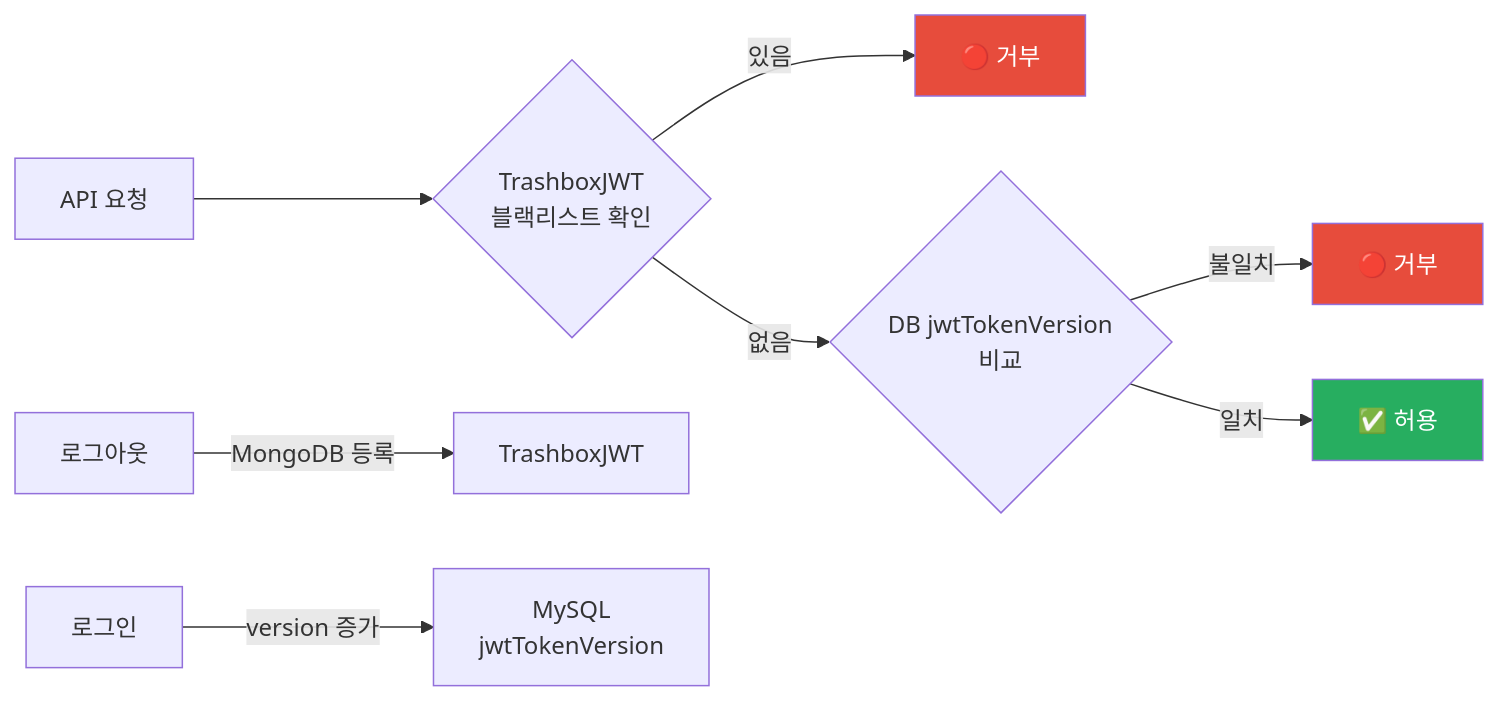
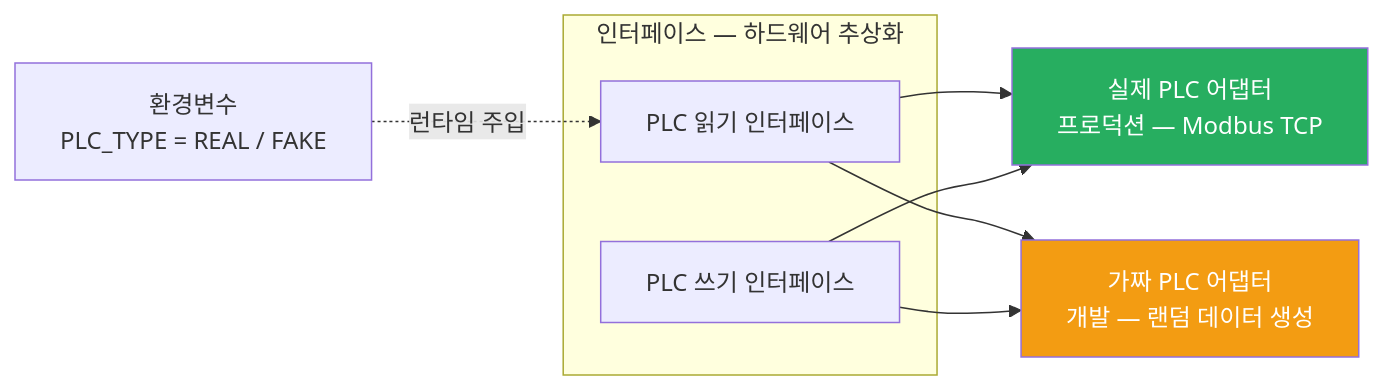
Before and after one commit to 1985jwlee/production-iot-backend: diagram 11 of 11 in README.md, drawn with Mermaid. The commit also changed other lines of this file and 11 other files, not shown here.

````diff
--- a/README.md
+++ b/README.md
@@ -214,13 +522,17 @@
 ```mermaid
-flowchart LR
-    REQ["API 요청"] --> V1{"TrashboxJWT\n블랙리스트 확인"}
-    V1 -->|"있음"| R1["🔴 거부"]
-    V1 -->|"없음"| V2{"DB jwtTokenVersion\n비교"}
-    V2 -->|"불일치"| R2["🔴 거부"]
-    V2 -->|"일치"| OK["✅ 허용"]
-    LOGOUT["로그아웃"] -->|"MongoDB 등록"| TB["TrashboxJWT"]
-    LOGIN["로그인"] -->|"version 증가"| DB["MySQL\njwtTokenVersion"]
-    style R1 fill:#e74c3c,color:#fff
-    style R2 fill:#e74c3c,color:#fff
-    style OK fill:#27ae60,color:#fff
+graph LR
+    subgraph IF["인터페이스 — 하드웨어 추상화"]
+        IR["PLC 읽기 인터페이스"]
+        IW["PLC 쓰기 인터페이스"]
+    end
+
+    REAL["실제 PLC 어댑터\n프로덕션 — Modbus TCP"]
+    FAKE["가짜 PLC 어댑터\n개발 — 랜덤 데이터 생성"]
+    ENV["환경변수\nPLC_TYPE = REAL / FAKE"]
+
+    IR & IW --> REAL & FAKE
+    ENV -.->|"런타임 주입"| IR
+
+    style REAL fill:#27ae60,color:#fff
+    style FAKE fill:#f39c12,color:#fff
 ```
````
